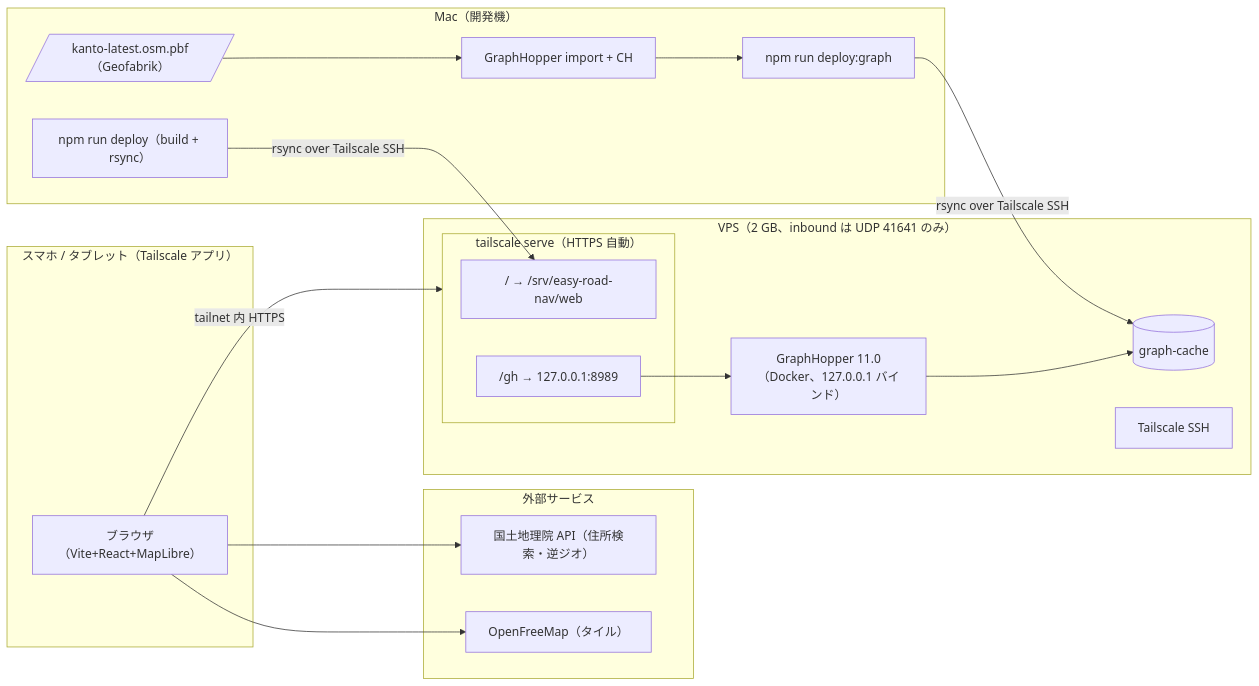
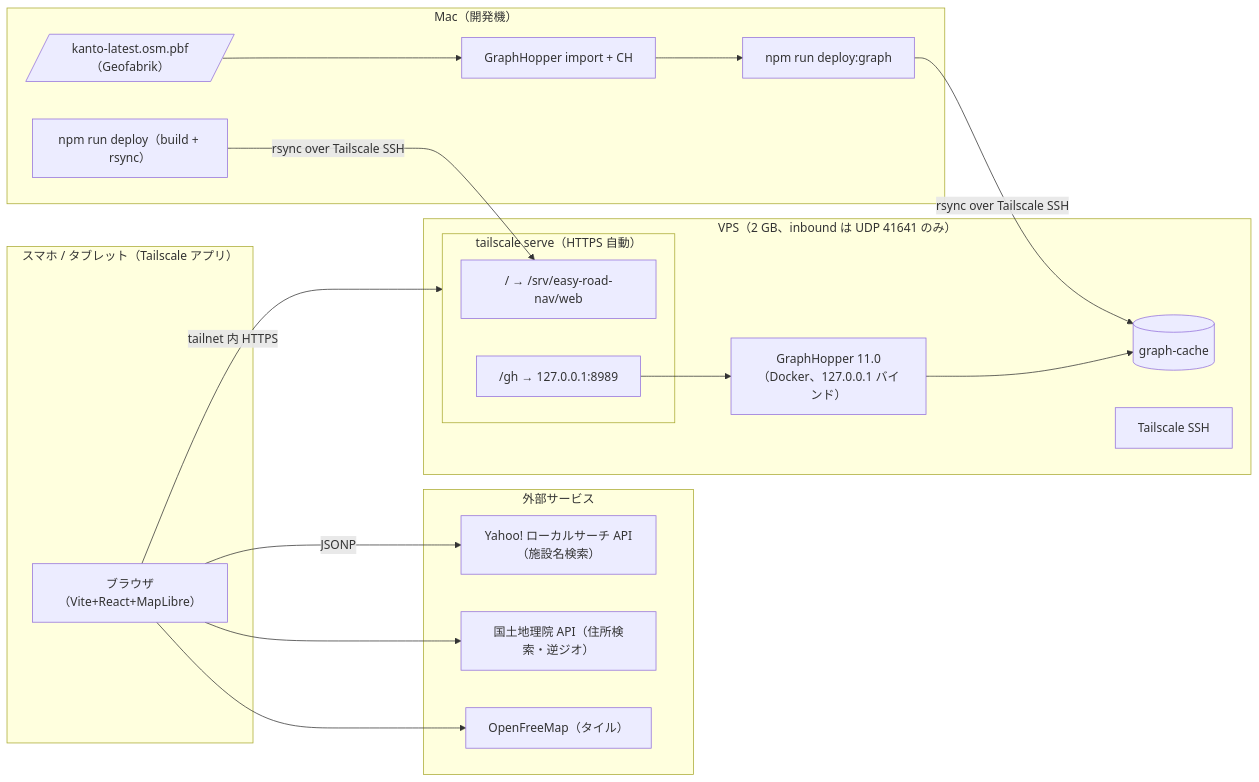
Before and after one commit to KyoheiTashiro/easy-road-nav: the diagram in docs/requirements/infrastructure.md, drawn with Mermaid. The commit also changed other lines of this file and 12 other files, not shown here.

First line of the commit message:
施設名検索を Nominatim から Yahoo! ローカルサーチ API に切り替え

````diff
--- a/docs/requirements/infrastructure.md
+++ b/docs/requirements/infrastructure.md
@@ -14,36 +14,38 @@
 ```mermaid
 flowchart LR
     subgraph CLIENT["スマホ / タブレット（Tailscale アプリ）"]
         BR["ブラウザ（Vite+React+MapLibre）"]
     end
 
     subgraph EXT["外部サービス"]
         OFM["OpenFreeMap（タイル）"]
         GSI["国土地理院 API（住所検索・逆ジオ）"]
+        YJ["Yahoo! ローカルサーチ API（施設名検索）"]
     end
 
     subgraph VPS["VPS（2 GB、inbound は UDP 41641 のみ）"]
         subgraph TS["tailscale serve（HTTPS 自動）"]
             FS["/ → /srv/easy-road-nav/web"]
             RP["/gh → 127.0.0.1:8989"]
         end
         GH["GraphHopper 11.0（Docker、127.0.0.1 バインド）"]
         CACHE[("graph-cache")]
         SSH["Tailscale SSH"]
     end
 
     subgraph MAC["Mac（開発機）"]
         PBF[/"kanto-latest.osm.pbf（Geofabrik）"/]
         IMP["GraphHopper import + CH"]
         DEP["npm run deploy（build + rsync）"]
         DEPG["npm run deploy:graph"]
     end
 
     BR --> OFM
     BR --> GSI
+    BR -->|JSONP| YJ
     BR -->|tailnet 内 HTTPS| TS
     RP --> GH --> CACHE
 
     DEP -->|rsync over Tailscale SSH| FS
     PBF --> IMP --> DEPG -->|rsync over Tailscale SSH| CACHE
 ```
````
